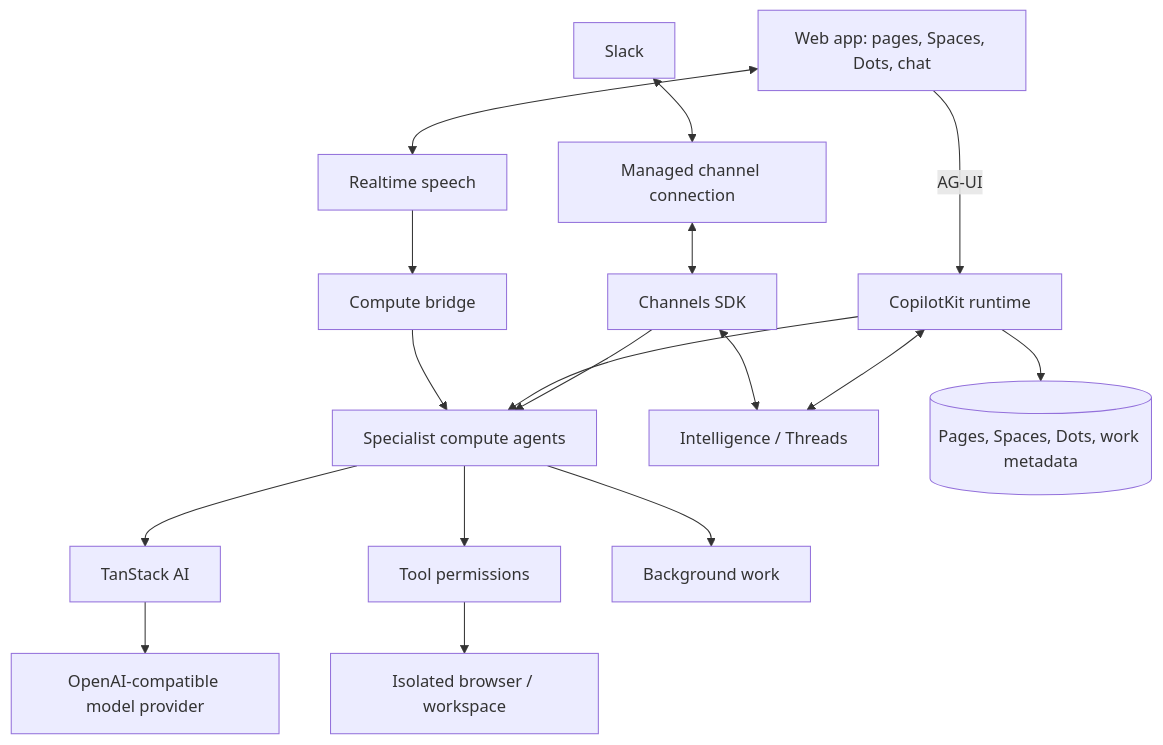
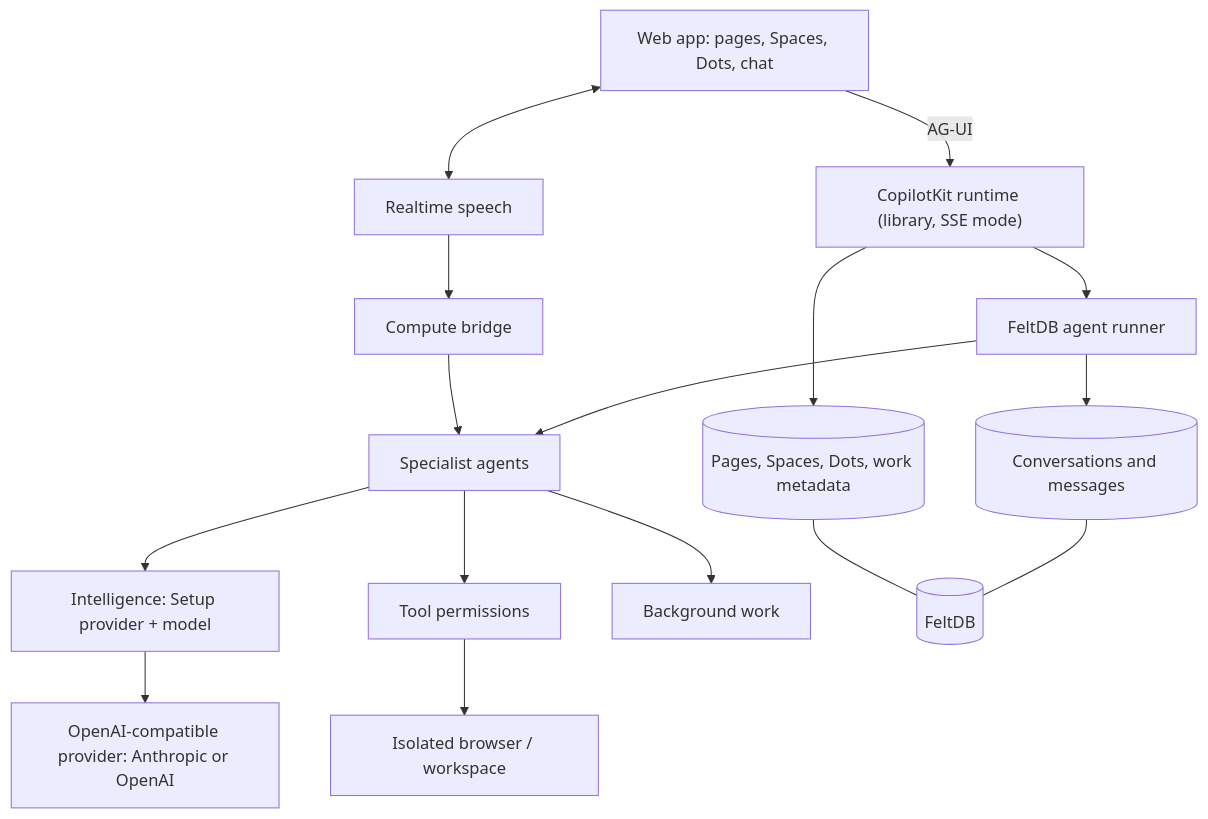
The diagram in README.md (rkendel1/dots), drawn with Mermaid before and after one commit. The commit also changed other lines of this file and 50 other files, not shown here.

````diff
--- a/README.md
+++ b/README.md
@@ -208,19 +192,18 @@
 ```mermaid
 flowchart TB
-  Web["Web app: pages, Spaces, Dots, chat"] -->|AG-UI| Runtime[CopilotKit runtime]
-  Slack[Slack] <--> Managed[Managed channel connection]
-  Managed <--> Channels[Channels SDK]
-  Channels --> Agents[Specialist compute agents]
-  Runtime --> Agents
-  Agents --> AI[TanStack AI]
-  AI --> Provider[OpenAI-compatible model provider]
-  Runtime <--> Intelligence["Intelligence / Threads"]
-  Channels <--> Intelligence
+  Web["Web app: pages, Spaces, Dots, chat"] -->|AG-UI| Runtime["CopilotKit runtime (library, SSE mode)"]
+  Runtime --> Runner[FeltDB agent runner]
+  Runner --> History[(Conversations and messages)]
+  Runner --> Agents[Specialist agents]
+  Agents --> Intelligence["Intelligence: Setup provider + model"]
+  Intelligence --> Provider[OpenAI-compatible provider: Anthropic or OpenAI]
   Web <--> Speech[Realtime speech]
   Speech --> Bridge[Compute bridge]
   Bridge --> Agents
   Agents --> Controls[Tool permissions]
   Controls --> Computer[Isolated browser / workspace]
   Agents --> Jobs[Background work]
   Runtime --> Metadata[(Pages, Spaces, Dots, work metadata)]
+  History --- FeltDB[(FeltDB)]
+  Metadata --- FeltDB
 ```
````
